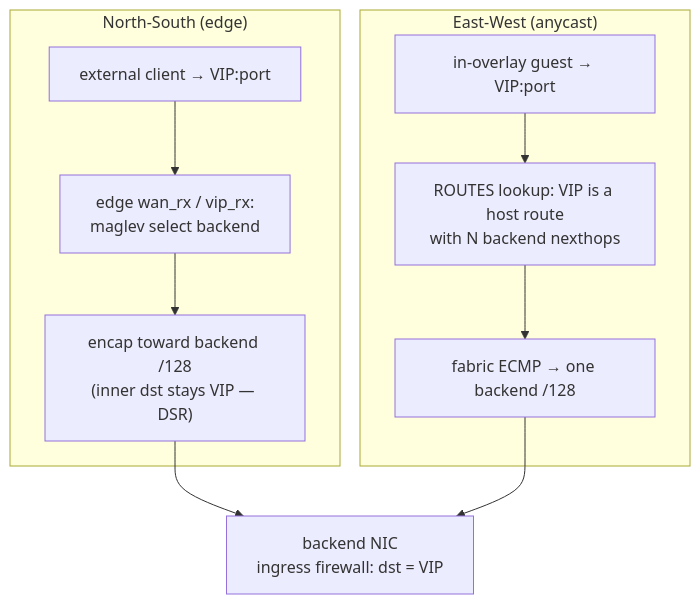
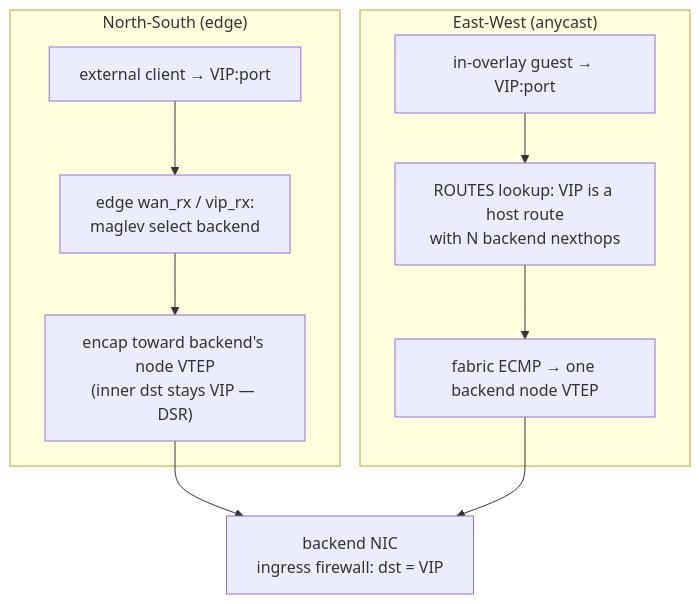
The diagram in docs/features/loadbalancer.md (trevex/ectobase), drawn with Mermaid before and after one commit. The commit also changed other lines of this file and 35 other files, not shown here.

````diff
--- a/docs/features/loadbalancer.md
+++ b/docs/features/loadbalancer.md
@@ -24,13 +24,13 @@
 ```mermaid
 flowchart TD
     subgraph ns["North-South (edge)"]
         ext["external client → VIP:port"] --> edge["edge wan_rx / vip_rx:<br/>maglev select backend"]
-        edge --> dsr1["encap toward backend /128<br/>(inner dst stays VIP — DSR)"]
+        edge --> dsr1["encap toward backend's node VTEP<br/>(inner dst stays VIP — DSR)"]
     end
     subgraph ew["East-West (anycast)"]
         guest["in-overlay guest → VIP:port"] --> route["ROUTES lookup: VIP is a host route<br/>with N backend nexthops"]
-        route --> ecmp["fabric ECMP → one backend /128"]
+        route --> ecmp["fabric ECMP → one backend node VTEP"]
     end
     dsr1 --> be["backend NIC<br/>ingress firewall: dst = VIP"]
     ecmp --> be
 ```
````
